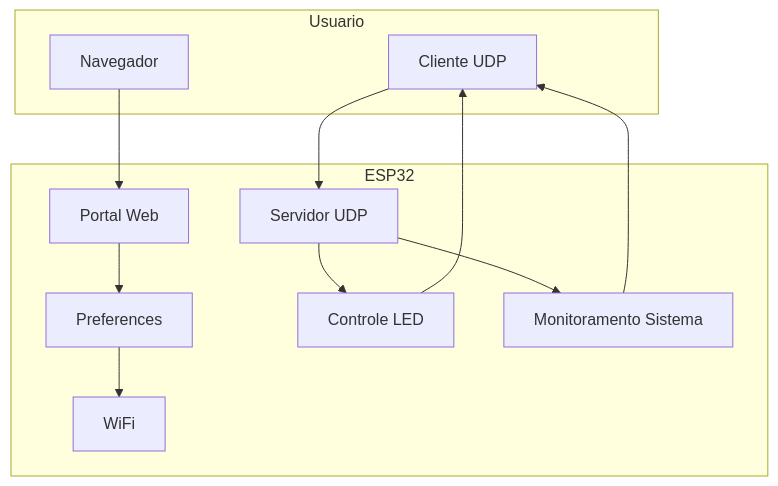
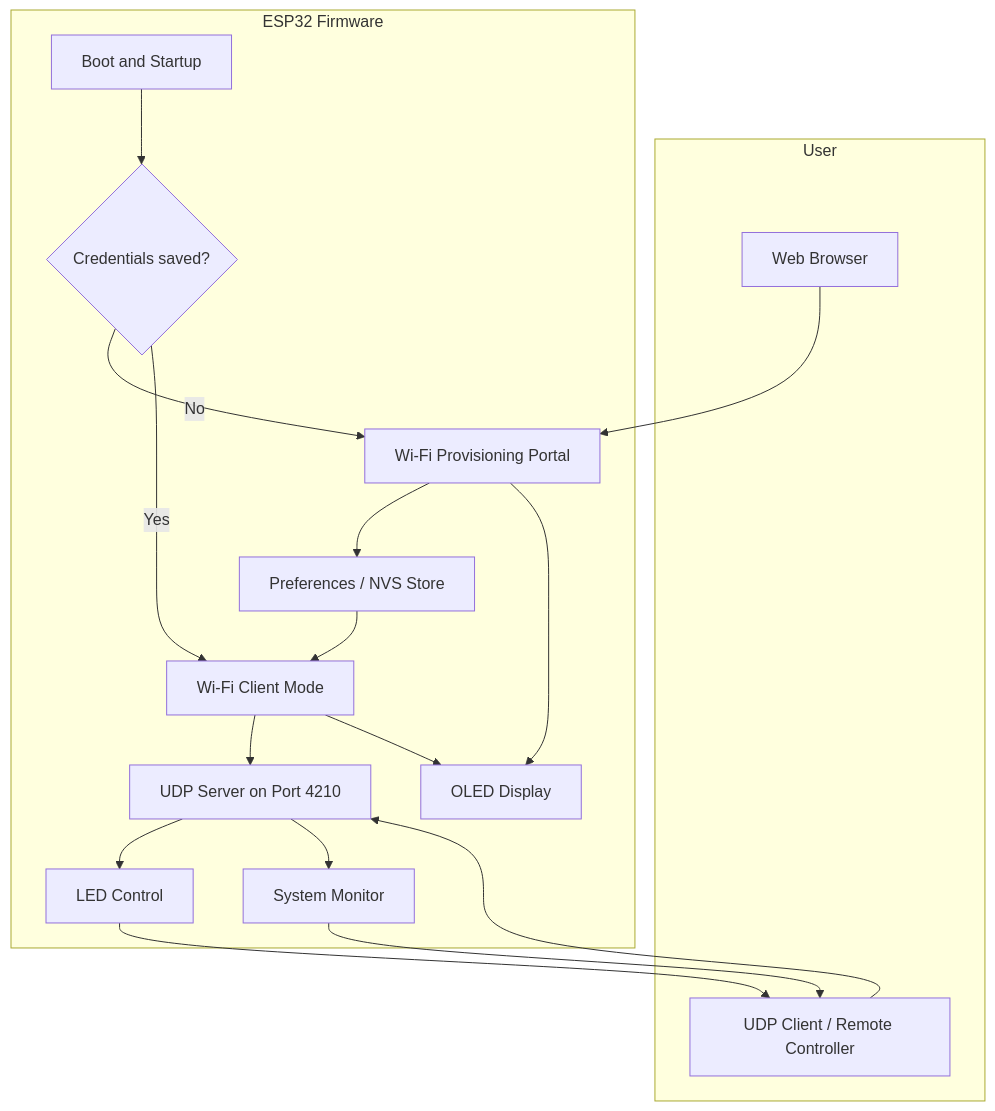
The first of 7 diagrams in README.md (paulocfmarques-collab/esp32_wifi), drawn with Mermaid before and after one commit. The commit also changed other lines of this file, not shown here.

Commit message:
Professional README refresh with architecture, hardware schematic, data flow, and command reference

````diff
--- a/README.md
+++ b/README.md
@@ -43,30 +33,34 @@
 ```mermaid
 flowchart TB
+    subgraph User
+        U1[Web Browser]
+        U2[UDP Client / Remote Controller]
+    end
 
-subgraph Usuario
-A[Navegador]
-B[Cliente UDP]
-end
+    subgraph ESP32 Firmware
+        A[Boot and Startup]
+        B{Credentials saved?}
+        C[Wi-Fi Provisioning Portal]
+        D[Preferences / NVS Store]
+        E[Wi-Fi Client Mode]
+        F[UDP Server on Port 4210]
+        G[LED Control]
+        H[System Monitor]
+        I[OLED Display]
+    end
 
-subgraph ESP32
-C[Portal Web]
-D[Preferences]
-E[WiFi]
-F[Servidor UDP]
-G[Controle LED]
-H[Monitoramento Sistema]
-end
-
-A --> C
-C --> D
-
-D --> E
-
-B --> F
-
-F --> G
-F --> H
-
-H --> B
-G --> B
+    U1 --> C
+    C --> D
+    D --> E
+    E --> F
+    U2 --> F
+    F --> G
+    F --> H
+    H --> U2
+    G --> U2
+    A --> B
+    B -->|No| C
+    B -->|Yes| E
+    E --> I
+    C --> I
 ```
````
